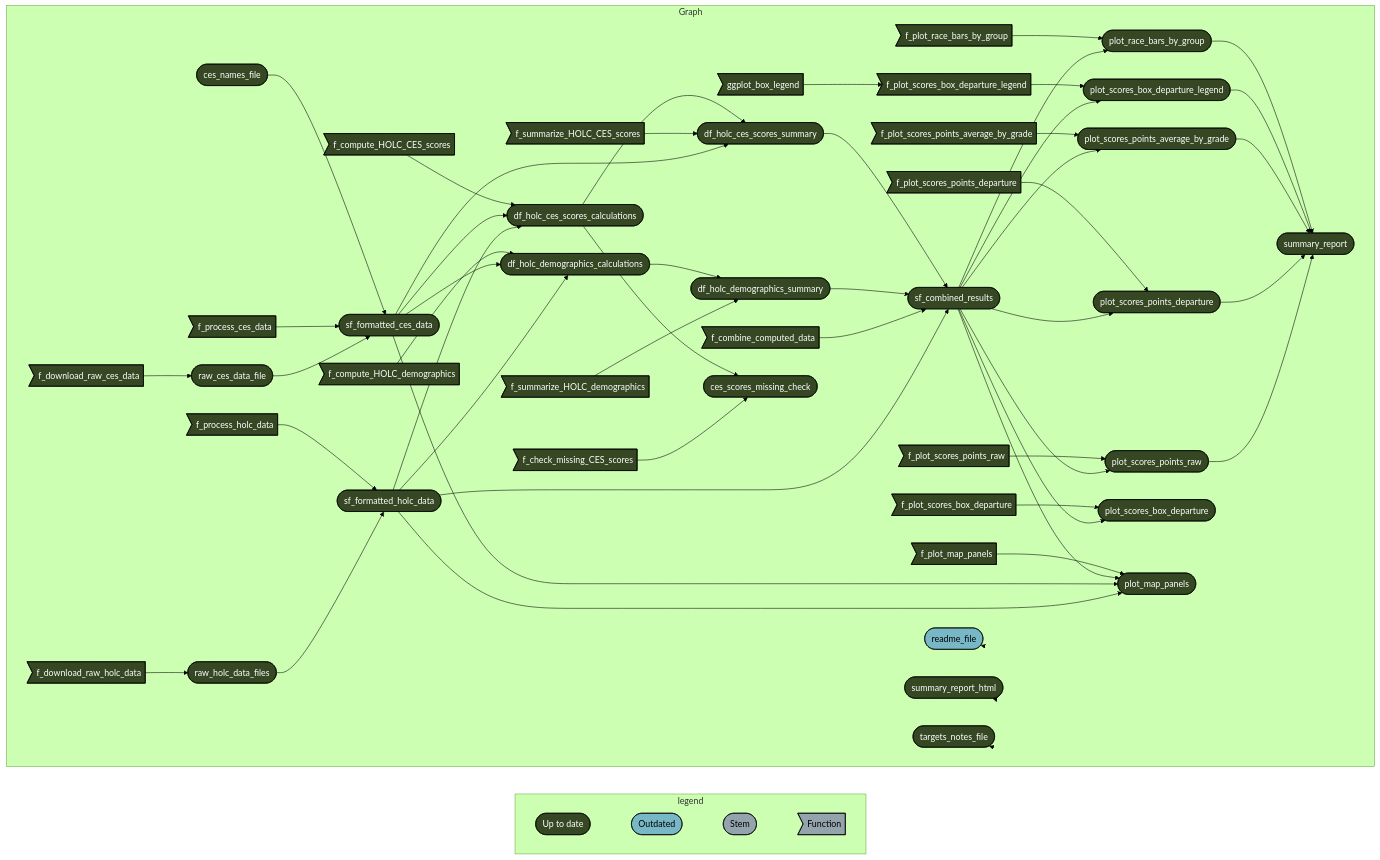
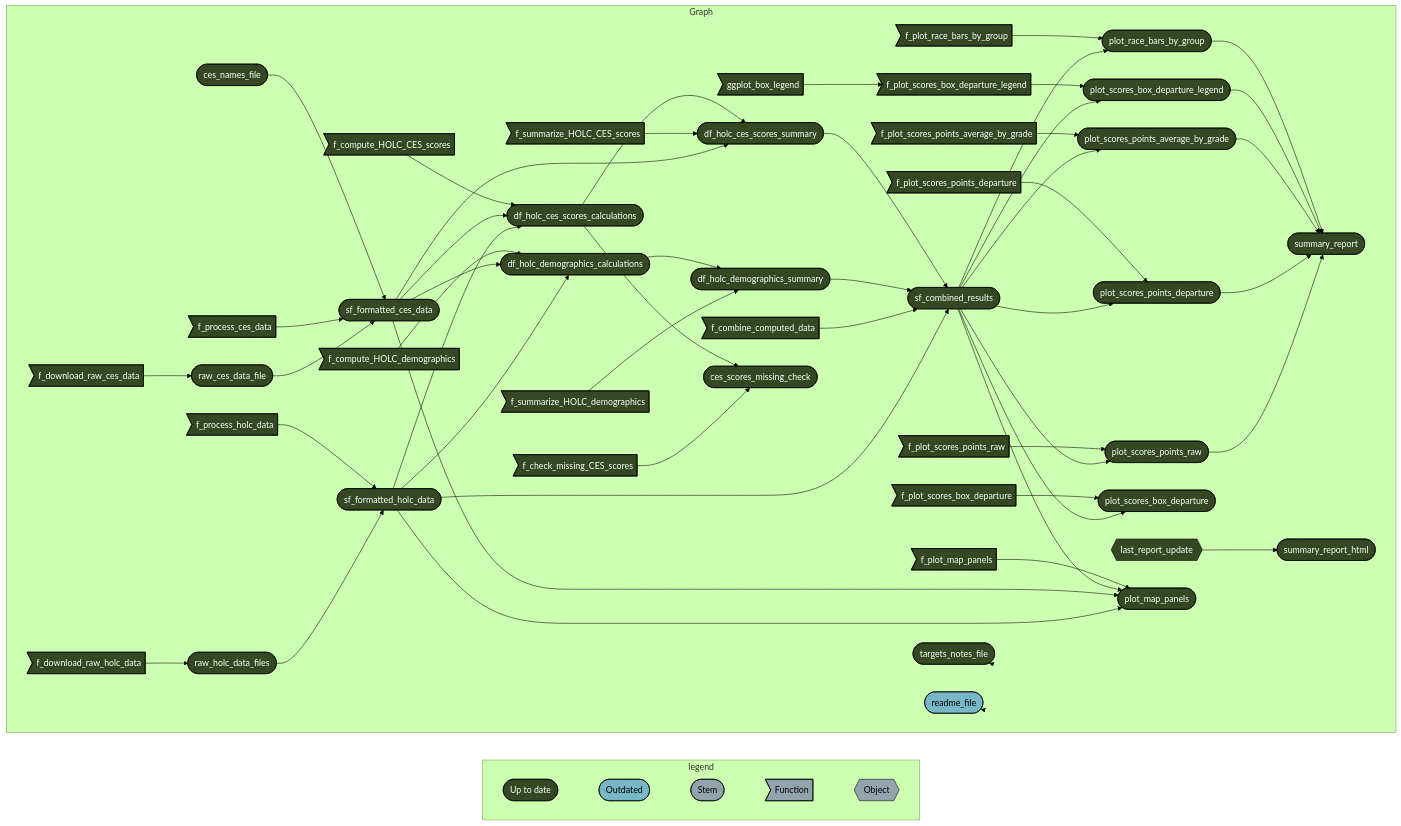
One commit to daltare/pollution-and-prejudice changed the diagram in README.md. Above: the diagram before and after it, drawn with Mermaid (forest theme). The commit also changed 5 other files, not shown here.

Commit message:
add method to force summary report to render to html when the qmd file changes; rebuild readme file

````diff
--- a/README.md
+++ b/README.md
@@ -28,70 +28,71 @@
 ``` mermaid
 graph LR
   subgraph legend
     direction LR
     x7420bd9270f8d27d([""Up to date""]):::uptodate --- x0a52b03877696646([""Outdated""]):::outdated
     x0a52b03877696646([""Outdated""]):::outdated --- xbf4603d6c2c2ad6b([""Stem""]):::none
     xbf4603d6c2c2ad6b([""Stem""]):::none --- xf0bce276fe2b9d3e>""Function""]:::none
+    xf0bce276fe2b9d3e>""Function""]:::none --- x5bffbffeae195fc9{{""Object""}}:::none
   end
   subgraph Graph
     direction LR
     x723651d51c4d9039>"ggplot_box_legend"]:::uptodate --> x9fc5d9228e2f8c78>"f_plot_scores_box_departure_legend"]:::uptodate
     xbc38fdbb09f54cdc(["df_holc_ces_scores_summary"]):::uptodate --> x7774e14ad1201765(["sf_combined_results"]):::uptodate
     x722c080414fdf571(["df_holc_demographics_summary"]):::uptodate --> x7774e14ad1201765(["sf_combined_results"]):::uptodate
     xf90b49dd379c5312>"f_combine_computed_data"]:::uptodate --> x7774e14ad1201765(["sf_combined_results"]):::uptodate
     xd358c84560a350ea(["sf_formatted_holc_data"]):::uptodate --> x7774e14ad1201765(["sf_combined_results"]):::uptodate
     x661c36f456260220>"f_plot_scores_points_average_by_grade"]:::uptodate --> x26888c3adf53b8ba(["plot_scores_points_average_by_grade"]):::uptodate
     x7774e14ad1201765(["sf_combined_results"]):::uptodate --> x26888c3adf53b8ba(["plot_scores_points_average_by_grade"]):::uptodate
     xb84eb9d541120890>"f_compute_HOLC_CES_scores"]:::uptodate --> xf2cacda6c5be1d56(["df_holc_ces_scores_calculations"]):::uptodate
     x66ea1e7e4088616e(["sf_formatted_ces_data"]):::uptodate --> xf2cacda6c5be1d56(["df_holc_ces_scores_calculations"]):::uptodate
     xd358c84560a350ea(["sf_formatted_holc_data"]):::uptodate --> xf2cacda6c5be1d56(["df_holc_ces_scores_calculations"]):::uptodate
     x05780902aff2e52e>"f_plot_scores_points_departure"]:::uptodate --> x85db2b90c235dab6(["plot_scores_points_departure"]):::uptodate
     x7774e14ad1201765(["sf_combined_results"]):::uptodate --> x85db2b90c235dab6(["plot_scores_points_departure"]):::uptodate
     xd22b3ef3698af9c3>"f_plot_race_bars_by_group"]:::uptodate --> xe2341aac6be6d5c3(["plot_race_bars_by_group"]):::uptodate
     x7774e14ad1201765(["sf_combined_results"]):::uptodate --> xe2341aac6be6d5c3(["plot_race_bars_by_group"]):::uptodate
     xe2341aac6be6d5c3(["plot_race_bars_by_group"]):::uptodate --> xe24c603975ef95ce(["summary_report"]):::uptodate
     xd261dc6bb4fd422e(["plot_scores_box_departure_legend"]):::uptodate --> xe24c603975ef95ce(["summary_report"]):::uptodate
     x26888c3adf53b8ba(["plot_scores_points_average_by_grade"]):::uptodate --> xe24c603975ef95ce(["summary_report"]):::uptodate
     x85db2b90c235dab6(["plot_scores_points_departure"]):::uptodate --> xe24c603975ef95ce(["summary_report"]):::uptodate
     xd06bbe78c7eb9f6c(["plot_scores_points_raw"]):::uptodate --> xe24c603975ef95ce(["summary_report"]):::uptodate
     xf2cacda6c5be1d56(["df_holc_ces_scores_calculations"]):::uptodate --> xcdcbc8327c73002a(["ces_scores_missing_check"]):::uptodate
     x1909355c81c03a12>"f_check_missing_CES_scores"]:::uptodate --> xcdcbc8327c73002a(["ces_scores_missing_check"]):::uptodate
     x6a4e5ab768f76050>"f_plot_scores_points_raw"]:::uptodate --> xd06bbe78c7eb9f6c(["plot_scores_points_raw"]):::uptodate
     x7774e14ad1201765(["sf_combined_results"]):::uptodate --> xd06bbe78c7eb9f6c(["plot_scores_points_raw"]):::uptodate
     x4baab69ddc05606c>"f_compute_HOLC_demographics"]:::uptodate --> x0933fedf1eaed55e(["df_holc_demographics_calculations"]):::uptodate
     x66ea1e7e4088616e(["sf_formatted_ces_data"]):::uptodate --> x0933fedf1eaed55e(["df_holc_demographics_calculations"]):::uptodate
     xd358c84560a350ea(["sf_formatted_holc_data"]):::uptodate --> x0933fedf1eaed55e(["df_holc_demographics_calculations"]):::uptodate
     x3566400abf0582d0>"f_process_holc_data"]:::uptodate --> xd358c84560a350ea(["sf_formatted_holc_data"]):::uptodate
     x7deb259c829fdb2e(["raw_holc_data_files"]):::uptodate --> xd358c84560a350ea(["sf_formatted_holc_data"]):::uptodate
     x13ecd6c730196e92>"f_plot_scores_box_departure"]:::uptodate --> xc0917568d2ce3bee(["plot_scores_box_departure"]):::uptodate
     x7774e14ad1201765(["sf_combined_results"]):::uptodate --> xc0917568d2ce3bee(["plot_scores_box_departure"]):::uptodate
     xf2cacda6c5be1d56(["df_holc_ces_scores_calculations"]):::uptodate --> xbc38fdbb09f54cdc(["df_holc_ces_scores_summary"]):::uptodate
     x24483bb6f5885403>"f_summarize_HOLC_CES_scores"]:::uptodate --> xbc38fdbb09f54cdc(["df_holc_ces_scores_summary"]):::uptodate
     x66ea1e7e4088616e(["sf_formatted_ces_data"]):::uptodate --> xbc38fdbb09f54cdc(["df_holc_ces_scores_summary"]):::uptodate
     x7ad41e3fd12f2676(["ces_names_file"]):::uptodate --> x66ea1e7e4088616e(["sf_formatted_ces_data"]):::uptodate
     xdca65f7684d779f0>"f_process_ces_data"]:::uptodate --> x66ea1e7e4088616e(["sf_formatted_ces_data"]):::uptodate
     x6538bfb2bd8fa5af(["raw_ces_data_file"]):::uptodate --> x66ea1e7e4088616e(["sf_formatted_ces_data"]):::uptodate
     x9fc5d9228e2f8c78>"f_plot_scores_box_departure_legend"]:::uptodate --> xd261dc6bb4fd422e(["plot_scores_box_departure_legend"]):::uptodate
     x7774e14ad1201765(["sf_combined_results"]):::uptodate --> xd261dc6bb4fd422e(["plot_scores_box_departure_legend"]):::uptodate
+    xf443f725966ed075{{"last_report_update"}}:::uptodate --> x3b5990520b2e818d(["summary_report_html"]):::uptodate
     xc11e093e8a0331b6>"f_plot_map_panels"]:::uptodate --> x52b2d35838d1c908(["plot_map_panels"]):::uptodate
     x7774e14ad1201765(["sf_combined_results"]):::uptodate --> x52b2d35838d1c908(["plot_map_panels"]):::uptodate
     x66ea1e7e4088616e(["sf_formatted_ces_data"]):::uptodate --> x52b2d35838d1c908(["plot_map_panels"]):::uptodate
     xd358c84560a350ea(["sf_formatted_holc_data"]):::uptodate --> x52b2d35838d1c908(["plot_map_panels"]):::uptodate
     xc504145cdabdd854>"f_download_raw_ces_data"]:::uptodate --> x6538bfb2bd8fa5af(["raw_ces_data_file"]):::uptodate
     x0933fedf1eaed55e(["df_holc_demographics_calculations"]):::uptodate --> x722c080414fdf571(["df_holc_demographics_summary"]):::uptodate
     x2dfdf1b5ee4ba094>"f_summarize_HOLC_demographics"]:::uptodate --> x722c080414fdf571(["df_holc_demographics_summary"]):::uptodate
     x28598aa74e36431d>"f_download_raw_holc_data"]:::uptodate --> x7deb259c829fdb2e(["raw_holc_data_files"]):::uptodate
+    xd244e8c357cc9580(["targets_notes_file"]):::uptodate --> xd244e8c357cc9580(["targets_notes_file"]):::uptodate
     x118ccf0169559b01(["readme_file"]):::outdated --> x118ccf0169559b01(["readme_file"]):::outdated
-    x3b5990520b2e818d(["summary_report_html"]):::uptodate --> x3b5990520b2e818d(["summary_report_html"]):::uptodate
-    xd244e8c357cc9580(["targets_notes_file"]):::uptodate --> xd244e8c357cc9580(["targets_notes_file"]):::uptodate
   end
   classDef uptodate stroke:#000000,color:#ffffff,fill:#354823;
   classDef outdated stroke:#000000,color:#000000,fill:#78B7C5;
   classDef none stroke:#000000,color:#000000,fill:#94a4ac;
   linkStyle 0 stroke-width:0px;
   linkStyle 1 stroke-width:0px;
   linkStyle 2 stroke-width:0px;
-  linkStyle 49 stroke-width:0px;
-  linkStyle 50 stroke-width:0px;
+  linkStyle 3 stroke-width:0px;
   linkStyle 51 stroke-width:0px;
+  linkStyle 52 stroke-width:0px;
 ```
````
